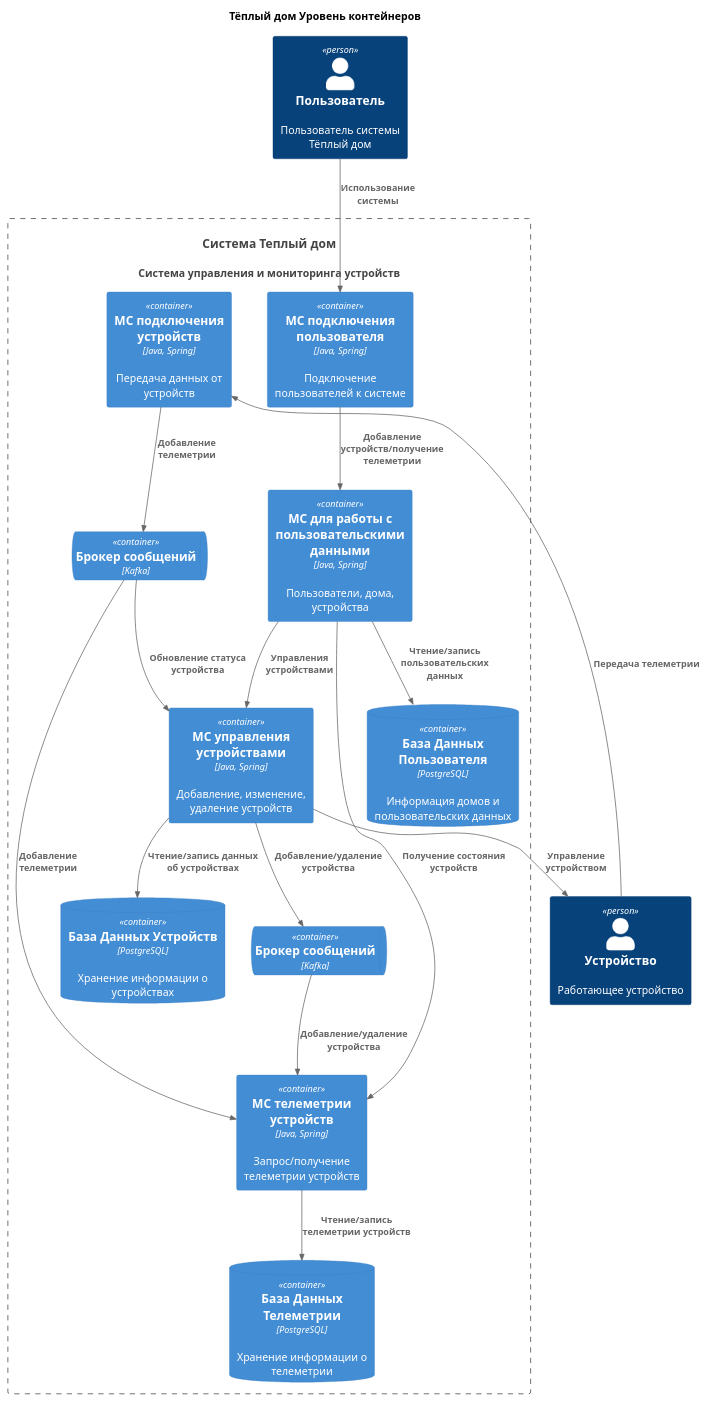
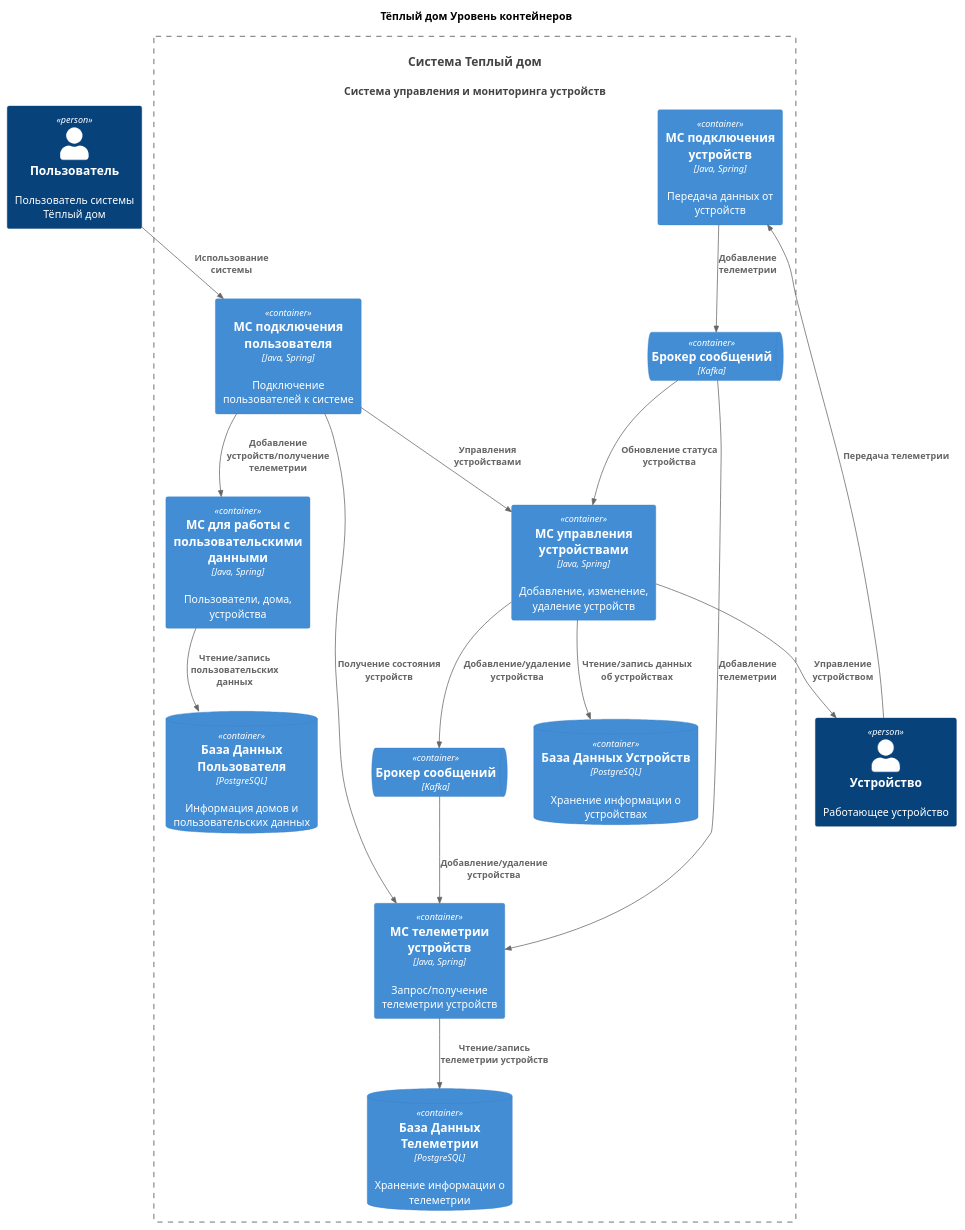
One commit to DemArk939/architecture-pro-warmhouse changed the diagram in schemas/container/WarmHouse_Container.puml. Above: the diagram before and after it, drawn with PlantUML. The commit also changed 7 other files, not shown here.

```diff
--- a/schemas/container/WarmHouse_Container.puml
+++ b/schemas/container/WarmHouse_Container.puml
@@ -1,40 +1,40 @@
 @startuml
 title Тёплый дом Уровень контейнеров
 
 top to bottom direction
 
 !includeurl https://raw.githubusercontent.com/RicardoNiepel/C4-PlantUML/master/C4_Component.puml
 
 Person(user, "Пользователь", "Пользователь системы Тёплый дом")
 Person(device, "Устройство", "Работающее устройство")
 System(WarmHouse, "Система Теплый дом", "Система управления и мониторинга устройств")
 
 Container_Boundary(WarmHouse, "Система Теплый дом") {
   Container(UserController, "МС подключения пользователя", "Java, Spring", "Подключение пользователей к системе")
   Container(DeviceController, "МС подключения устройств", "Java, Spring", "Передача данных от устройств")
   Container(UserService, "МС для работы с пользовательскими данными", "Java, Spring", "Пользователи, дома, устройства")
   Container(DeviceService, "МС управления устройствами", "Java, Spring", "Добавление, изменение, удаление устройств")
   Container(TelemetryService, "МС телеметрии устройств", "Java, Spring", "Запрос/получение телеметрии устройств")
   ContainerDb(UserDatabase, "База Данных Пользователя", "PostgreSQL", "Информация домов и пользовательских данных")
   ContainerDb(DeviceDatabase, "База Данных Устройств", "PostgreSQL", "Хранение информации о устройствах")
   ContainerDb(TelemetryDatabase, "База Данных Телеметрии", "PostgreSQL", "Хранение информации о телеметрии")
   ContainerQueue(TelemetryBroker, "Брокер сообщений", "Kafka")
   ContainerQueue(DeviceBroker, "Брокер сообщений", "Kafka")
 
 }
 
 Rel(user, UserController, "Использование системы")
 Rel(device, DeviceController, "Передача телеметрии")
 Rel(DeviceController, TelemetryBroker, "Добавление телеметрии")
 Rel(TelemetryBroker, TelemetryService, "Добавление телеметрии")
 Rel(TelemetryBroker, DeviceService, "Обновление статуса устройства")
 Rel(UserController, UserService, "Добавление устройств/получение телеметрии")
 Rel(UserService,UserDatabase,"Чтение/запись пользовательских данных")
-Rel(UserService,DeviceService,"Управления устройствами")
-Rel(UserService,TelemetryService,"Получение состояния устройств")
+Rel(UserController,DeviceService,"Управления устройствами")
+Rel(UserController,TelemetryService,"Получение состояния устройств")
 Rel(DeviceService,DeviceDatabase,"Чтение/запись данных об устройствах")
 Rel(DeviceService,device,"Управление устройством")
 Rel(DeviceService,DeviceBroker,"Добавление/удаление устройства")
 Rel(DeviceBroker,TelemetryService,"Добавление/удаление устройства")
 Rel(TelemetryService,TelemetryDatabase,"Чтение/запись телеметрии устройств")
 @enduml
```
